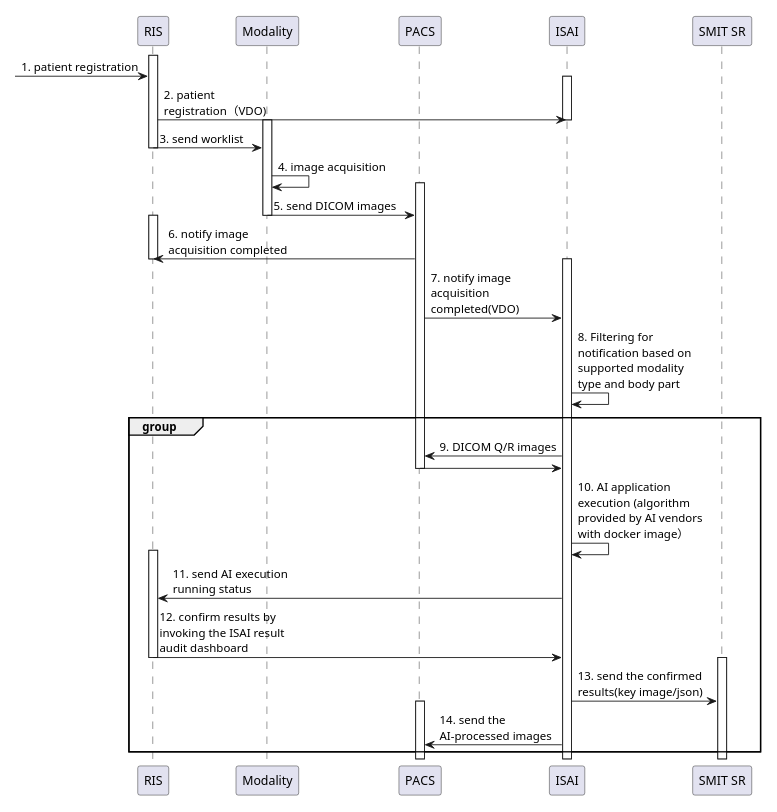
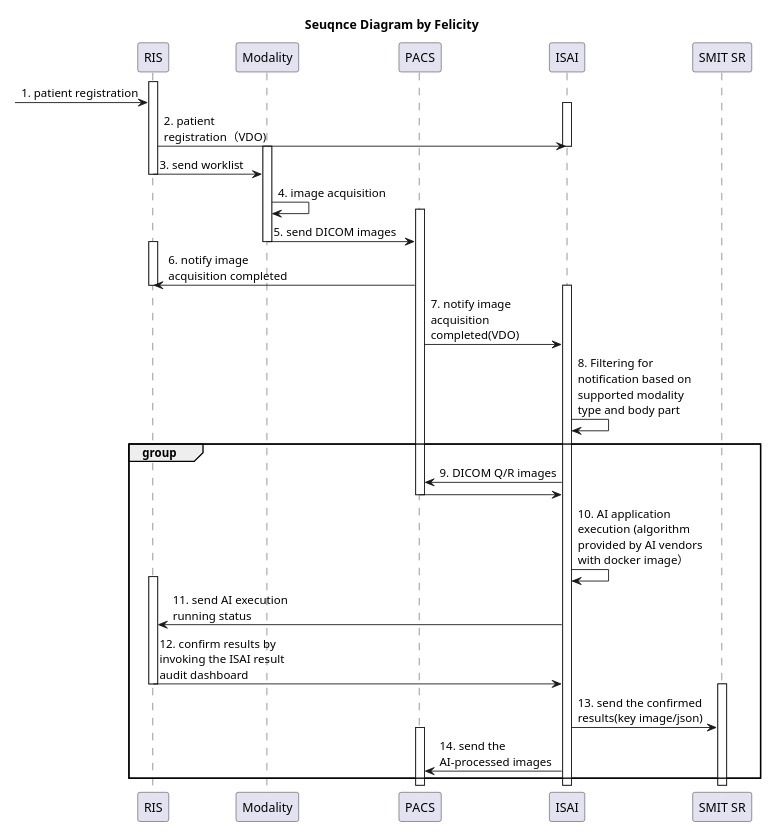
The diagram in input/images-source/uc2-felicity.plantuml (xmiao/AI.interoperability), drawn with PlantUML before and after one commit. The commit also changed 3 other files, not shown here.

```diff
--- a/input/images-source/uc2-felicity.plantuml
+++ b/input/images-source/uc2-felicity.plantuml
@@ -1,46 +1,48 @@
 @startuml
+title "Seuqnce Diagram by Felicity"
+
 skinparam maxMessageSize 150
 scale 500 width
 
 participant "RIS" as R
 participant "Modality" as M
 participant "PACS" as P
 participant "ISAI" as I
 participant "SMIT SR" as S
 
 activate R
  -> R: 1. patient registration
 activate I
 R -> I: 2. patient registration（VDO)
 deactivate I
 activate M
 R -> M: 3. send worklist
 deactivate R
 M -> M: 4. image acquisition
 activate P
 M -> P: 5. send DICOM images
 deactivate M
 activate R
 P -> R: 6. notify image acquisition completed
 deactivate R
 activate I
 P -> I: 7. notify image acquisition completed(VDO)
 
 I -> I: 8. Filtering for notification based on supported modality type and body part
 
 group
 P <- I: 9. DICOM Q/R images
 P -> I:
 deactivate P
 I -> I: 10. AI application execution (algorithm provided by AI vendors with docker image）
 activate R
 I -> R: 11. send AI execution running status
 R -> I: 12. confirm results by invoking the ISAI result audit dashboard
 deactivate R
 activate S
 I -> S: 13. send the confirmed results(key image/json)
 activate P
 I -> P: 14. send the AI-processed images
 end
 
 @enduml
```
